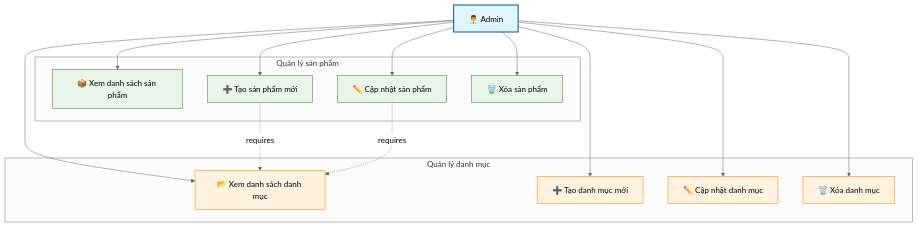
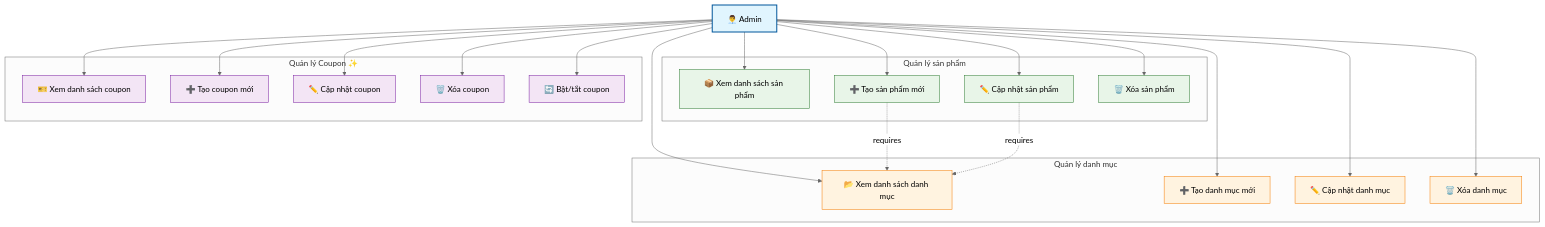
Before and after one commit to vinhhoang04cp/webshop: the fifth of 11 diagrams in docs/COMPLETE_USE_CASES.md, drawn with Mermaid (neutral theme). The commit also changed other lines of this file and 10 other files, not shown here.

````diff
--- a/docs/COMPLETE_USE_CASES.md
+++ b/docs/COMPLETE_USE_CASES.md
@@ -328,39 +351,54 @@
 ```mermaid
 graph TB
     Admin[👨‍💼 Admin]
     
     subgraph "Quản lý sản phẩm"
         UC13A[📦 Xem danh sách sản phẩm]
         UC13B[➕ Tạo sản phẩm mới]
         UC13C[✏️ Cập nhật sản phẩm]
         UC13D[🗑️ Xóa sản phẩm]
     end
     
     subgraph "Quản lý danh mục"
-        UC14A[📂 Xem danh sách danh mục]
-        UC14B[➕ Tạo danh mục mới]
-        UC14C[✏️ Cập nhật danh mục]
-        UC14D[🗑️ Xóa danh mục]
+        UC15A[📂 Xem danh sách danh mục]
+        UC15B[➕ Tạo danh mục mới]
+        UC15C[✏️ Cập nhật danh mục]
+        UC15D[🗑️ Xóa danh mục]
+    end
+    
+    subgraph "Quản lý Coupon ✨"
+        UC16A[🎫 Xem danh sách coupon]
+        UC16B[➕ Tạo coupon mới]
+        UC16C[✏️ Cập nhật coupon]
+        UC16D[🗑️ Xóa coupon]
+        UC16E[🔄 Bật/tắt coupon]
     end
     
     Admin --> UC13A
     Admin --> UC13B
     Admin --> UC13C
     Admin --> UC13D
-    Admin --> UC14A
-    Admin --> UC14B
-    Admin --> UC14C
-    Admin --> UC14D
+    Admin --> UC15A
+    Admin --> UC15B
+    Admin --> UC15C
+    Admin --> UC15D
+    Admin --> UC16A
+    Admin --> UC16B
+    Admin --> UC16C
+    Admin --> UC16D
+    Admin --> UC16E
     
     %% Dependencies
-    UC13B -.->|requires| UC14A
-    UC13C -.->|requires| UC14A
+    UC13B -.->|requires| UC15A
+    UC13C -.->|requires| UC15A
     
     classDef actor fill:#e1f5fe,stroke:#01579b,stroke-width:2px
     classDef product fill:#e8f5e8,stroke:#2e7d32,stroke-width:1px
     classDef category fill:#fff3e0,stroke:#f57c00,stroke-width:1px
+    classDef coupon fill:#f3e5f5,stroke:#7b1fa2,stroke-width:1px
     
     class Admin actor
     class UC13A,UC13B,UC13C,UC13D product
-    class UC14A,UC14B,UC14C,UC14D category
+    class UC15A,UC15B,UC15C,UC15D category
+    class UC16A,UC16B,UC16C,UC16D,UC16E coupon
 ```
````
